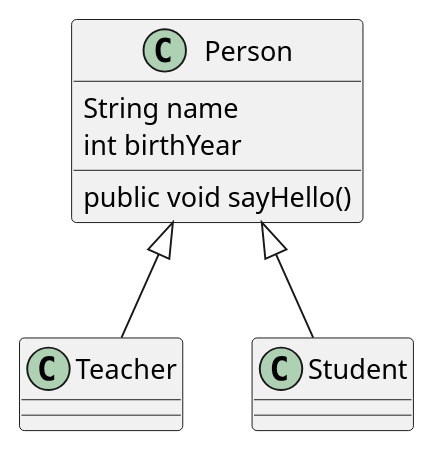
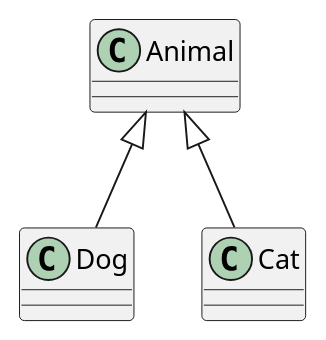
Before and after one commit to lyhcode/oosad: the diagram in oop/inherit.md, drawn with PlantUML. The commit also changed other lines of this file and 35 other files, not shown here.

````diff
--- a/oop/inherit.md
+++ b/oop/inherit.md
@@ -5,13 +7,6 @@
 ```uml
 @startuml
-Class Person {
-    String name
-    int birthYear
-
-    public void sayHello()
-}
-
-Person <|-- Teacher
-Person <|-- Student
+Animal <|-- Dog
+Animal <|-- Cat
 @enduml
 ```
````
